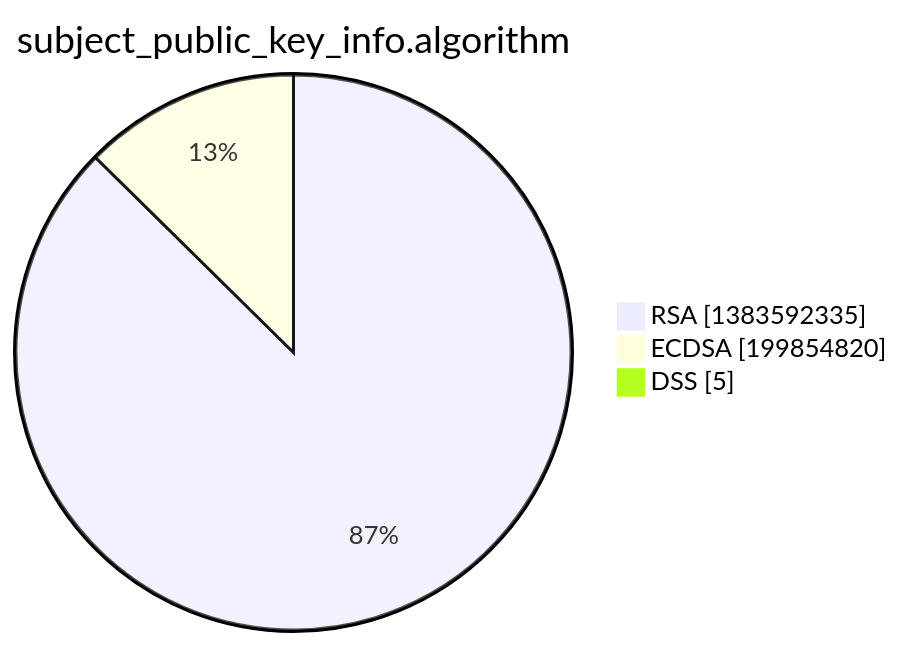
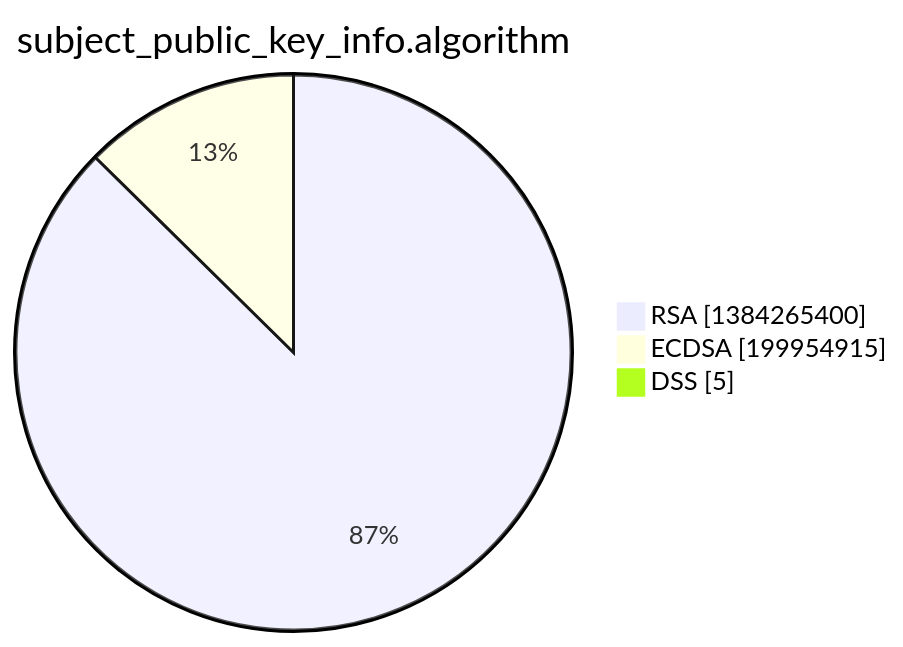
The third of 15 diagrams in xenon2022/README.md (christiankrug/ctmonitor_visualization), drawn with Mermaid before and after one commit. The commit also changed other lines of this file, not shown here.

````diff
--- a/xenon2022/README.md
+++ b/xenon2022/README.md
@@ -14,7 +14,7 @@
 ```mermaid
 pie showData
 title subject_public_key_info.algorithm
-"RSA" :1383592335
-"ECDSA" :199854820
+"RSA" :1384265400
+"ECDSA" :199954915
 "DSS" :5
 ```
````
